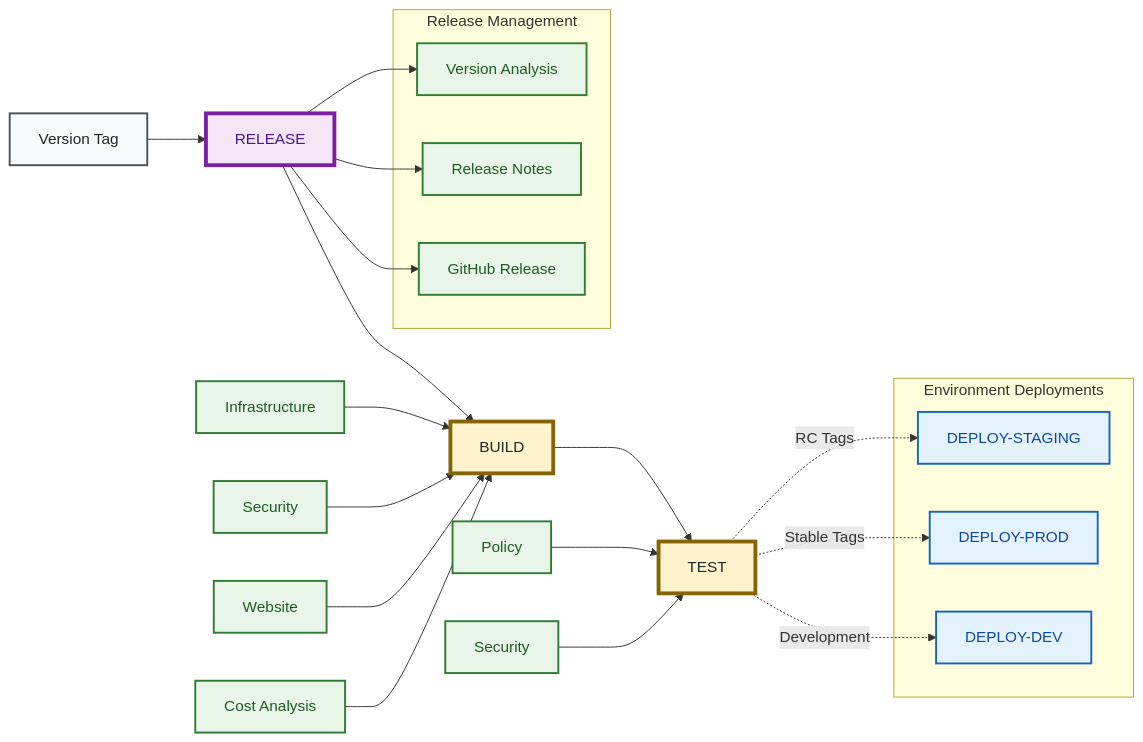
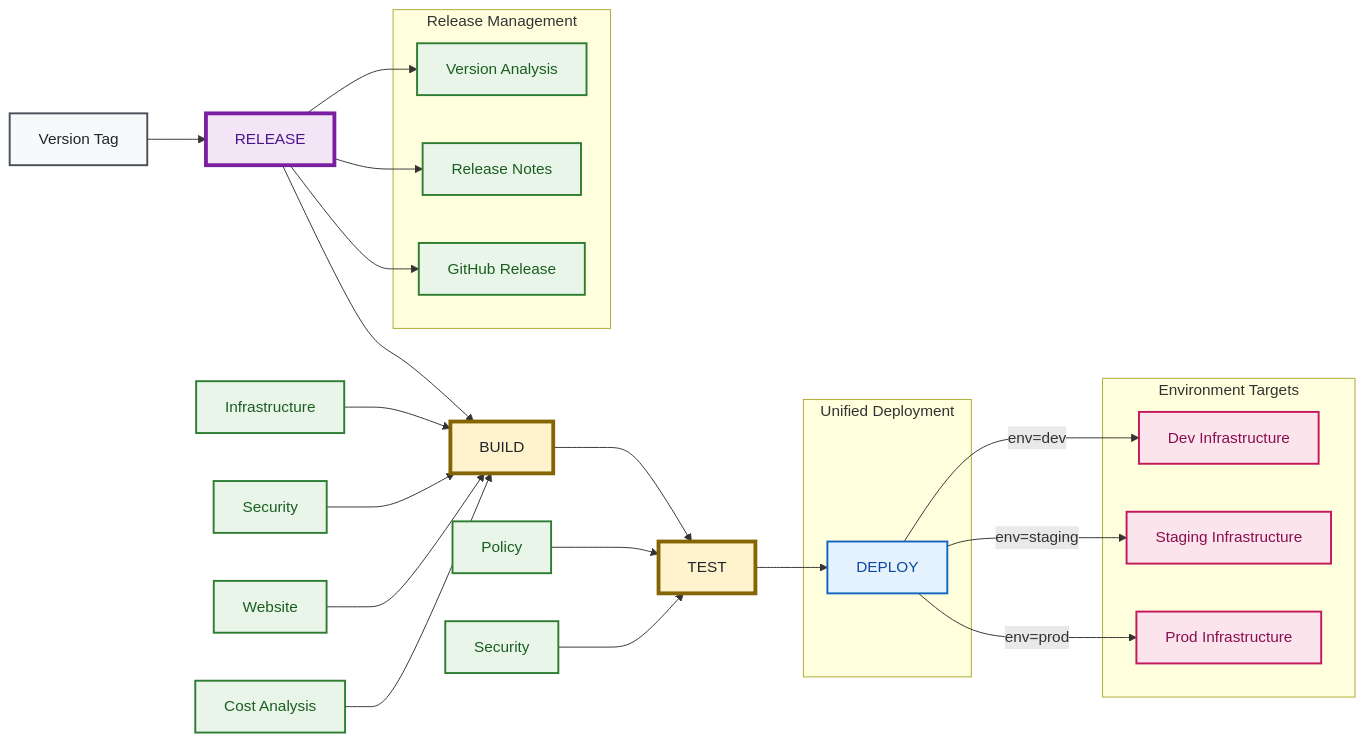
One commit to Celtikill/static-site changed the second of 2 diagrams in docs/guides/deployment-guide.md. Above: the diagram before and after it, drawn with Mermaid. The commit also changed other lines of this file and 6 other files, not shown here.

````diff
--- a/docs/guides/deployment-guide.md
+++ b/docs/guides/deployment-guide.md
@@ -226,47 +226,55 @@
 ```mermaid
 graph LR
     %% Accessibility
     accTitle: Complete Deployment Workflow Architecture
     accDescr: Shows complete workflow architecture including RELEASE workflow orchestration. RELEASE workflow coordinates BUILD, TEST, and environment-specific DEPLOY workflows based on version tags and semantic versioning strategy.
     
     A[Version Tag] --> R[RELEASE]
     R --> B[BUILD]
     B --> C[TEST]
     
     R --> R1[Version Analysis]
     R --> R2[Release Notes]
     R --> R3[GitHub Release]
     
-    C -.->|RC Tags| D2[DEPLOY-STAGING]
-    C -.->|Stable Tags| D3[DEPLOY-PROD]
-    C -.->|Development| D1[DEPLOY-DEV]
+    C --> D[DEPLOY]
+    
+    D -->|env=dev| E1[Dev Infrastructure]
+    D -->|env=staging| E2[Staging Infrastructure]
+    D -->|env=prod| E3[Prod Infrastructure]
     
     B1[Infrastructure] --> B
     B2[Security] --> B
     B3[Website] --> B
     B4[Cost Analysis] --> B
     
     C1[Policy] --> C
     C2[Security] --> C
     
     subgraph "Release Management"
     R1 & R2 & R3
     end
     
-    subgraph "Environment Deployments"
-    D1 & D2 & D3
+    subgraph "Unified Deployment"
+    D
+    end
+    
+    subgraph "Environment Targets"
+    E1 & E2 & E3
     end
     
     %% High-Contrast Styling for Accessibility
     classDef releaseBox fill:#f3e5f5,stroke:#7b1fa2,stroke-width:4px,color:#4a148c
     classDef phaseBox fill:#fff3cd,stroke:#856404,stroke-width:4px,color:#212529
     classDef triggerBox fill:#f8f9fa,stroke:#495057,stroke-width:2px,color:#212529
     classDef stepBox fill:#e8f5e8,stroke:#2e7d32,stroke-width:2px,color:#1b5e20
     classDef deployBox fill:#e3f2fd,stroke:#1565c0,stroke-width:2px,color:#0d47a1
+    classDef envBox fill:#fce4ec,stroke:#c2185b,stroke-width:2px,color:#880e4f
     
     class R releaseBox
     class B,C phaseBox
     class A triggerBox
     class B1,B2,B3,B4,C1,C2,R1,R2,R3 stepBox
-    class D1,D2,D3 deployBox
+    class D deployBox
+    class E1,E2,E3 envBox
 ```
````
